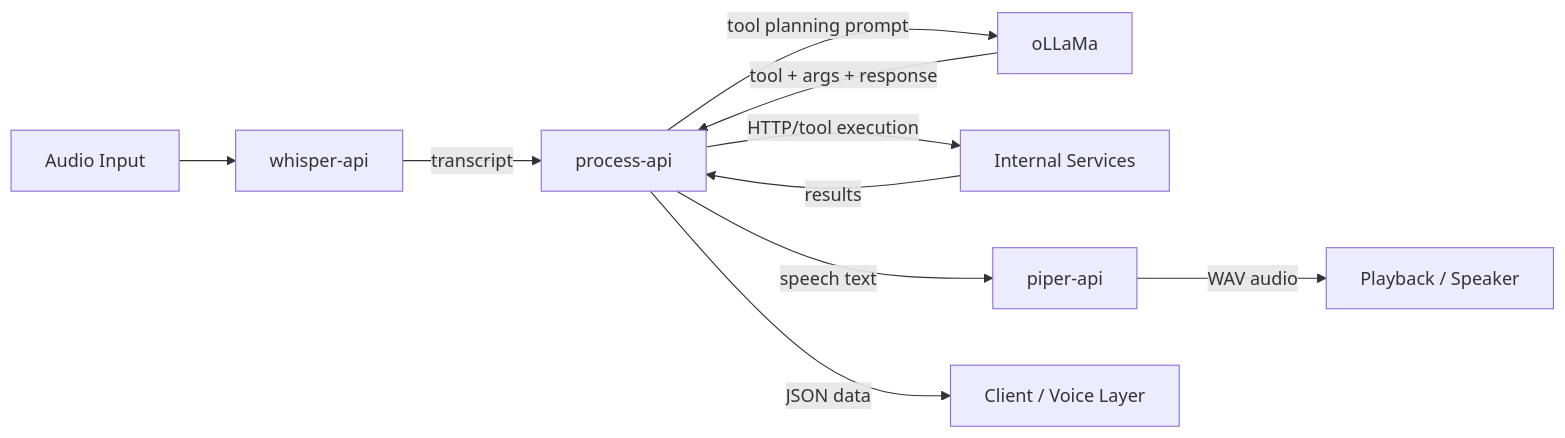
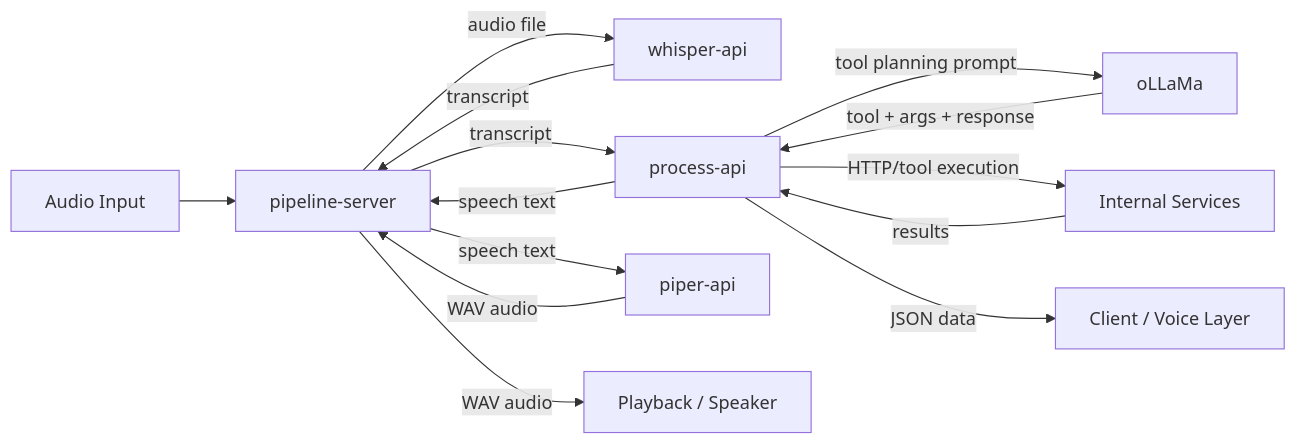
One commit to psyeo2/Clankassist changed the first of 3 diagrams in docs/ARCHITECTURE.md. Above: the diagram before and after it, drawn with Mermaid. The commit also changed other lines of this file and 10 other files, not shown here.

Commit message:
pipeline-server

````diff
--- a/docs/ARCHITECTURE.md
+++ b/docs/ARCHITECTURE.md
@@ -19,13 +20,17 @@
 ```mermaid
 flowchart LR
 
-audio[Audio Input] --> whisper[whisper-api]
-whisper -->|transcript| process[process-api]
+audio[Audio Input] --> pipeline[pipeline-server]
+pipeline -->|audio file| whisper[whisper-api]
+whisper -->|transcript| pipeline
+pipeline -->|transcript| process[process-api]
 process -->|tool planning prompt| ollama[oLLaMa]
 ollama -->|tool + args + response| process
 process -->|HTTP/tool execution| services[Internal Services]
 services -->|results| process
-process -->|speech text| piper[piper-api]
-piper -->|WAV audio| speaker[Playback / Speaker]
+process -->|speech text| pipeline
+pipeline -->|speech text| piper[piper-api]
+piper -->|WAV audio| pipeline
+pipeline -->|WAV audio| speaker[Playback / Speaker]
 process -->|JSON data| caller[Client / Voice Layer]
 ```
````
